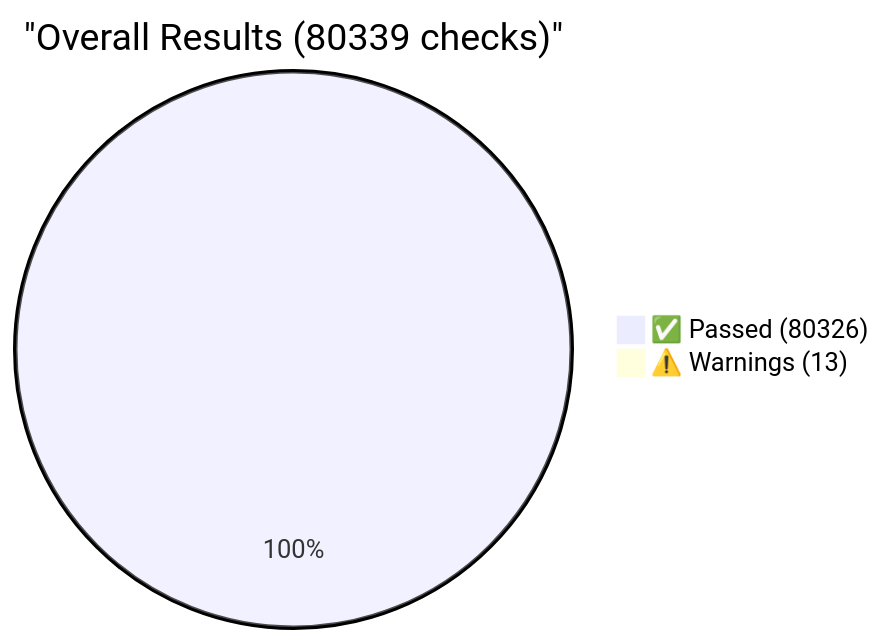
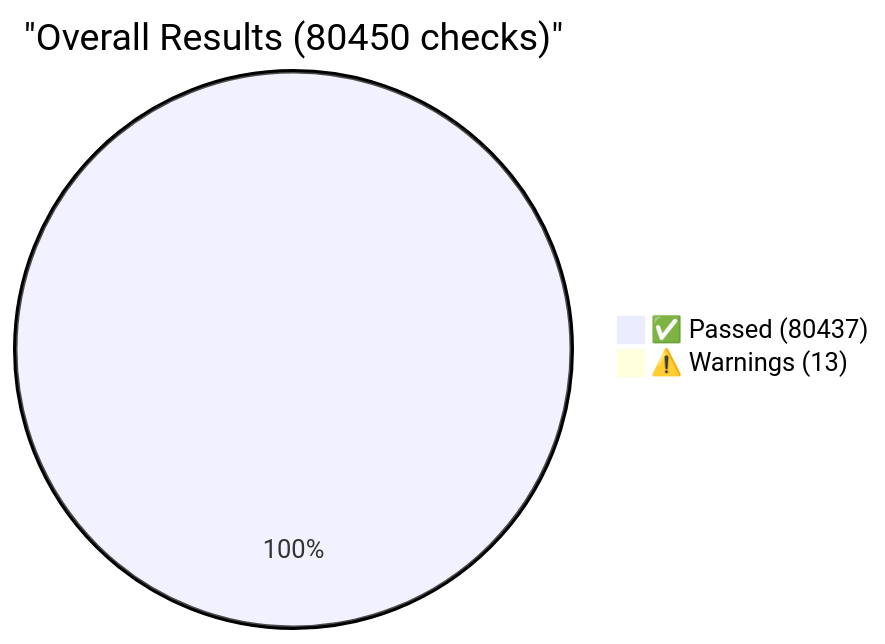
The third of 8 diagrams in tests/reports/crit-test-report.md (Vulnetix/ietf-crit-spec), drawn with Mermaid before and after one commit. The commit also changed other lines of this file and 19 other files, not shown here.

````diff
--- a/tests/reports/crit-test-report.md
+++ b/tests/reports/crit-test-report.md
@@ -77,5 +77,5 @@
 ```mermaid
-pie title "Overall Results (80339 checks)"
-    "✅ Passed (80326)" : 80326
+pie title "Overall Results (80450 checks)"
+    "✅ Passed (80437)" : 80437
     "⚠️ Warnings (13)" : 13
 ```
````
